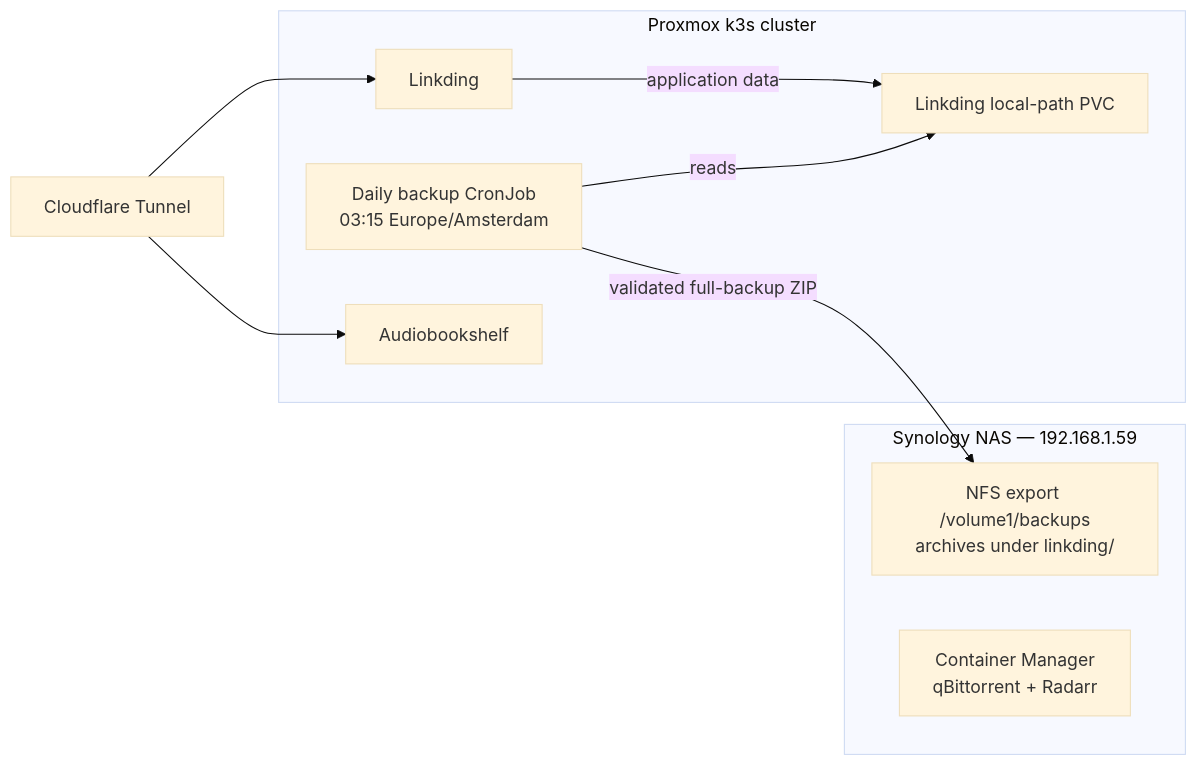
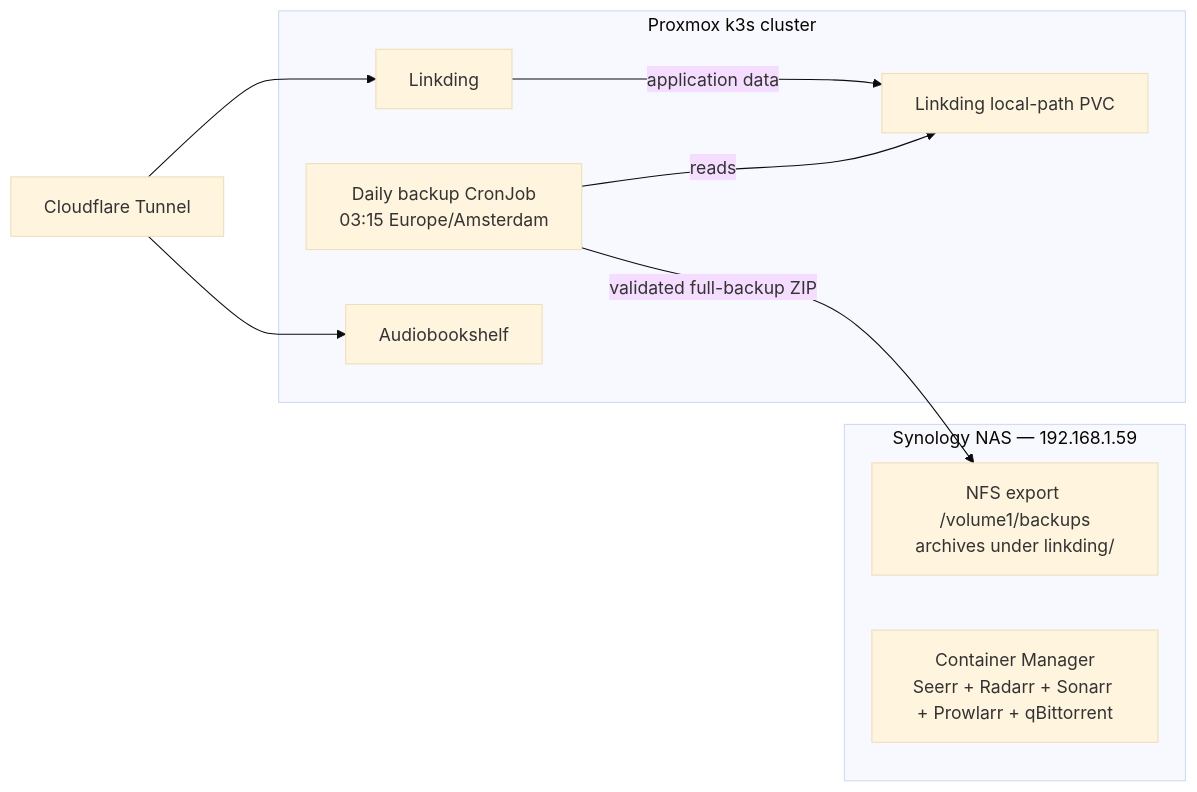
One commit to vitaly-guzun/raspberry-pi-cluster changed the second of 2 diagrams in README.md. Above: the diagram before and after it, drawn with Mermaid (base theme). The commit also changed other lines of this file and 2 other files, not shown here.

Commit message:
Add Seerr, Sonarr and Prowlarr

````diff
--- a/README.md
+++ b/README.md
@@ -73,19 +74,19 @@
 ```mermaid
 flowchart LR
     Cloudflare["Cloudflare Tunnel"]
 
     subgraph K3s["Proxmox k3s cluster"]
         Linkding["Linkding"] -->|"application data"| LinkdingPVC["Linkding local-path PVC"]
         Backup["Daily backup CronJob<br/>03:15 Europe/Amsterdam"] -->|"reads"| LinkdingPVC
         Audiobookshelf["Audiobookshelf"]
     end
 
     subgraph NAS["Synology NAS — 192.168.1.59"]
         NFS["NFS export /volume1/backups<br/>archives under linkding/"]
-        Media["Container Manager<br/>qBittorrent + Radarr"]
+        Media["Container Manager<br/>Seerr + Radarr + Sonarr + Prowlarr + qBittorrent"]
     end
 
     Cloudflare --> Linkding
     Cloudflare --> Audiobookshelf
     Backup -->|"validated full-backup ZIP"| NFS
 ```
````
